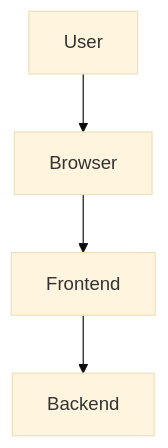
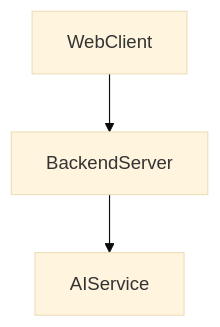
One commit to yogithasivakumar/FocusZen changed the first of 2 diagrams in README.md. Above: the diagram before and after it, drawn with Mermaid (base theme). The commit also changed other lines of this file, not shown here.

````diff
--- a/README.md
+++ b/README.md
@@ -11,6 +11,5 @@
 ```mermaid
 flowchart TD
-    User --> Browser
-    Browser --> Frontend
-    Frontend --> Backend
+    WebClient --> BackendServer
+    BackendServer --> AIService
 ```
````
